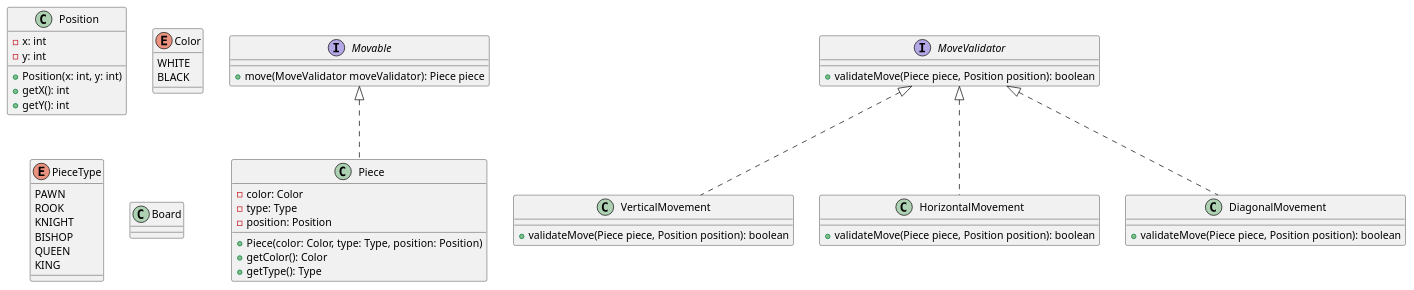
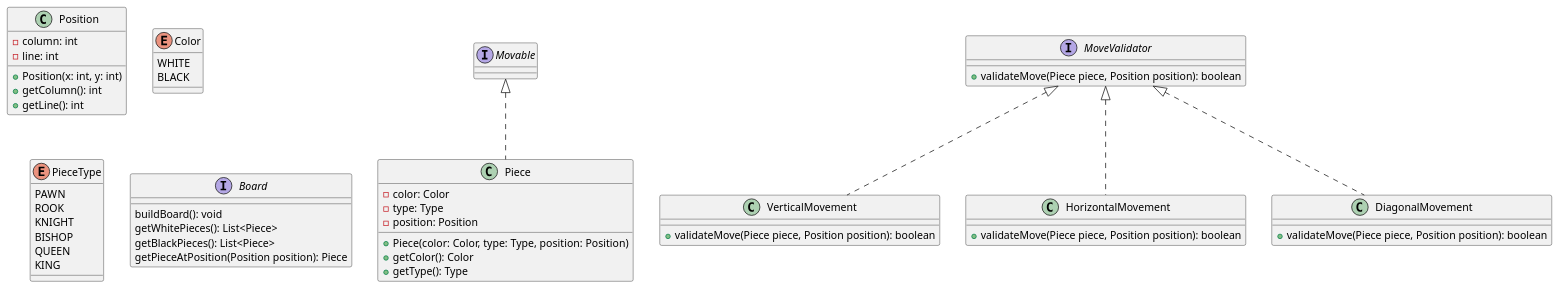
One commit to AlbertoPizzi/Chess2023 changed the diagram in kotlin/design/Chess2023.puml. Above: the diagram before and after it, drawn with PlantUML. The commit also changed 6 other files, not shown here.

```diff
--- a/kotlin/design/Chess2023.puml
+++ b/kotlin/design/Chess2023.puml
@@ -1,48 +1,50 @@
 @startuml
-interface Movable{
-    +move(MoveValidator moveValidator): Piece piece
-}
+
 class Piece implements Movable{
     -color: Color
     -type: Type
     -position: Position
     +Piece(color: Color, type: Type, position: Position)
     +getColor(): Color
     +getType(): Type
 }
 class Position{
-    -x: int
-    -y: int
+    -column: int
+    -line: int
     +Position(x: int, y: int)
-    +getX(): int
-    +getY(): int
+    +getColumn(): int
+    +getLine(): int
 }
 enum Color{
     WHITE
     BLACK
 }
 enum PieceType{
     PAWN
     ROOK
     KNIGHT
     BISHOP
     QUEEN
     KING
 }
 interface MoveValidator{
     +validateMove(Piece piece, Position position): boolean
 }
 class VerticalMovement implements MoveValidator{
     +validateMove(Piece piece, Position position): boolean
 }
 class HorizontalMovement implements MoveValidator{
     +validateMove(Piece piece, Position position): boolean
 }
 class DiagonalMovement implements MoveValidator{
     +validateMove(Piece piece, Position position): boolean
 }
-class Board{
+interface Board{
+    buildBoard(): void
+    getWhitePieces(): List<Piece>
+    getBlackPieces(): List<Piece>
+    getPieceAtPosition(Position position): Piece
 
 }
 
 @enduml
```
